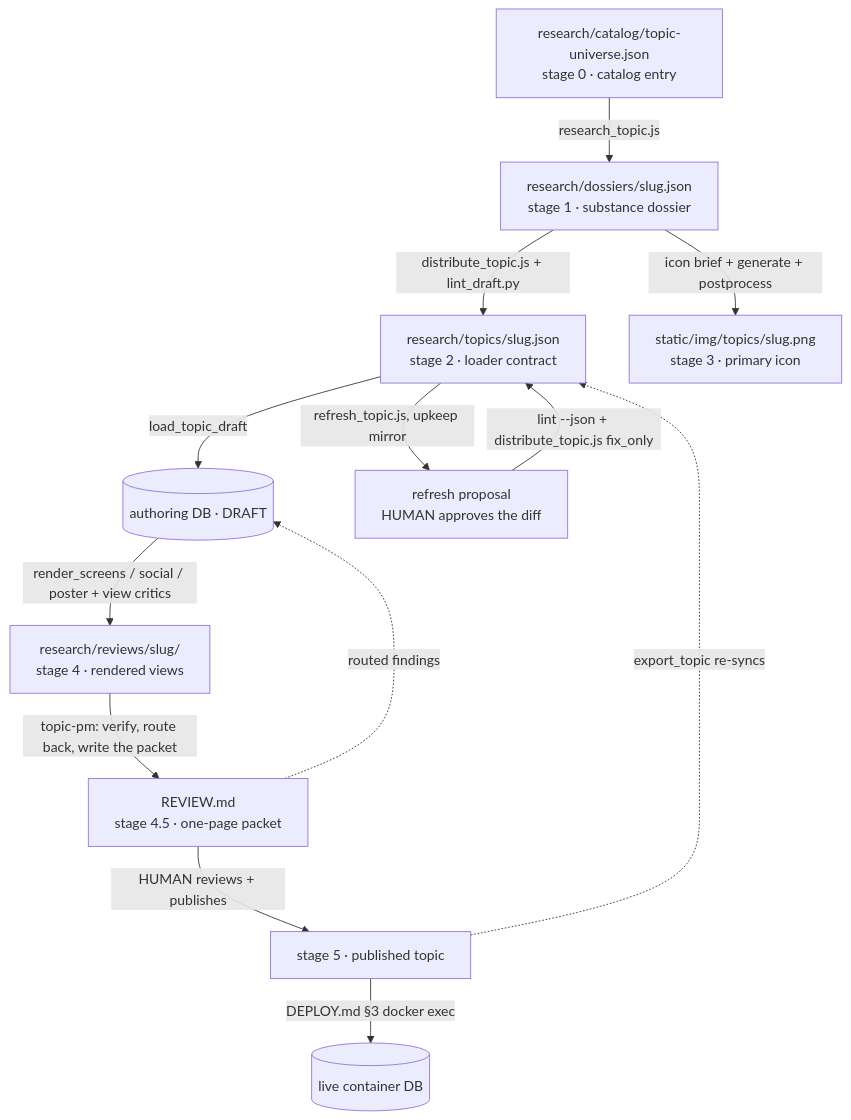
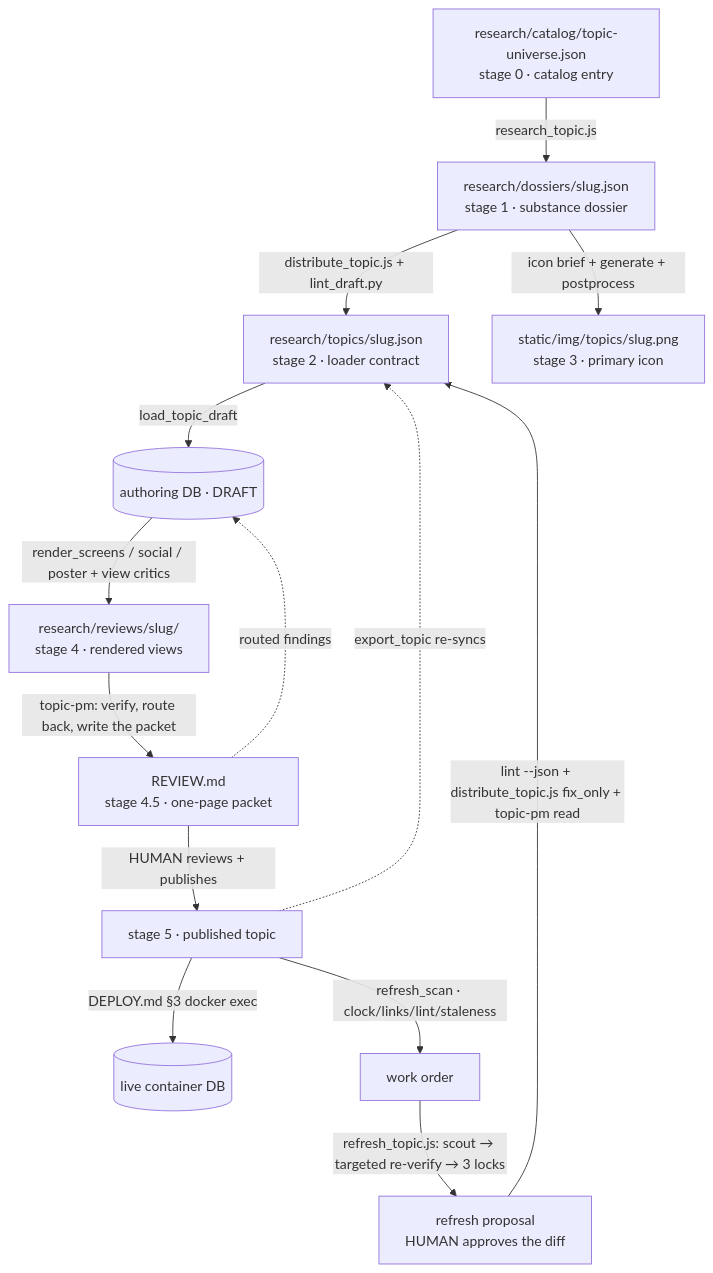
One commit to Ideya-AI/Ideya changed the diagram in research/ENGINE.md. Above: the diagram before and after it, drawn with Mermaid. The commit also changed other lines of this file and 7 other files, not shown here.

````diff
--- a/research/ENGINE.md
+++ b/research/ENGINE.md
@@ -53,15 +55,16 @@
 ```mermaid
 flowchart TD
     C[research/catalog/topic-universe.json<br/>stage 0 · catalog entry] -->|research_topic.js| D[research/dossiers/slug.json<br/>stage 1 · substance dossier]
     D -->|distribute_topic.js + lint_draft.py| J[research/topics/slug.json<br/>stage 2 · loader contract]
     J -->|load_topic_draft| DB[(authoring DB · DRAFT)]
     D -->|icon brief + generate + postprocess| I[static/img/topics/slug.png<br/>stage 3 · primary icon]
     DB -->|render_screens / social / poster + view critics| R[research/reviews/slug/<br/>stage 4 · rendered views]
     R -->|topic-pm: verify, route back, write the packet| Q[REVIEW.md<br/>stage 4.5 · one-page packet]
     Q -.->|routed findings| DB
     Q -->|HUMAN reviews + publishes| P[stage 5 · published topic]
     P -->|DEPLOY.md §3 docker exec| L[(live container DB)]
     P -.->|export_topic re-syncs| J
-    J -->|refresh_topic.js, upkeep mirror| RF[refresh proposal<br/>HUMAN approves the diff]
-    RF -->|lint --json + distribute_topic.js fix_only| J
+    P -->|refresh_scan · clock/links/lint/staleness| WO[work order]
+    WO -->|refresh_topic.js: scout → targeted re-verify → 3 locks| RF[refresh proposal<br/>HUMAN approves the diff]
+    RF -->|lint --json + distribute_topic.js fix_only + topic-pm read| J
 ```
````
